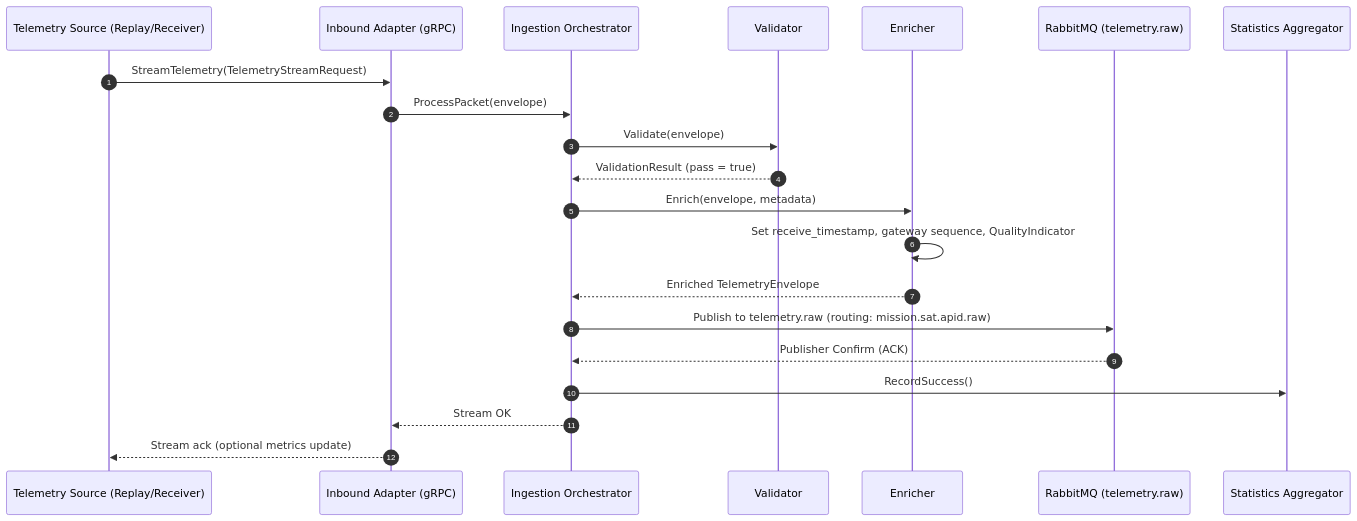
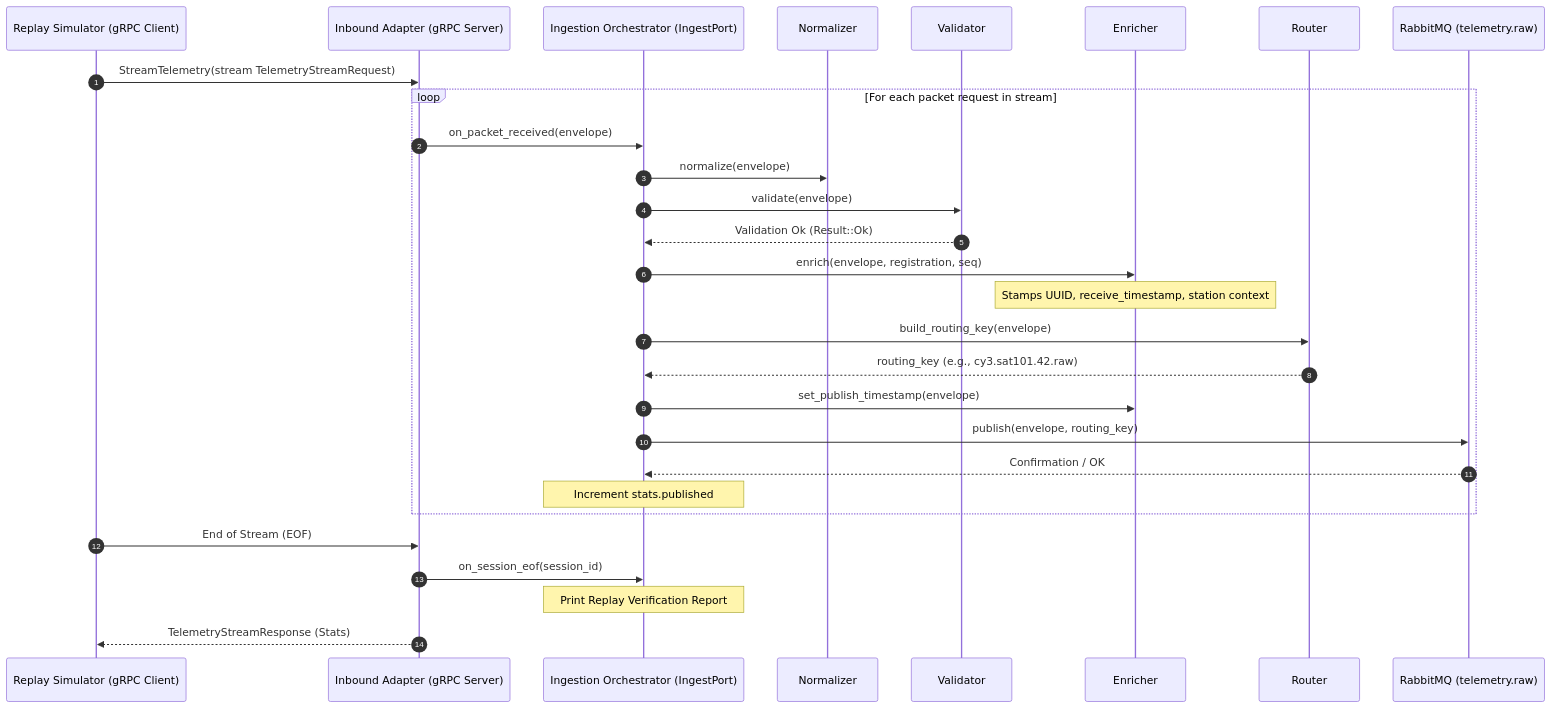
One commit to YashuFX/DATS_Processing changed the second of 5 diagrams in telemetry-gateway/docs/04_Sequence.md. Above: the diagram before and after it, drawn with Mermaid. The commit also changed other lines of this file and 39 other files, not shown here.

Commit message:
feat: implement mission-identification-service to route and enrich telemetry packets via rule-based registry and update related documentation

````diff
--- a/telemetry-gateway/docs/04_Sequence.md
+++ b/telemetry-gateway/docs/04_Sequence.md
@@ -40,24 +26,32 @@
 ```mermaid
 sequenceDiagram
     autonumber
-    participant Source as Telemetry Source (Replay/Receiver)
-    participant Ingress as Inbound Adapter (gRPC)
-    participant Orch as Ingestion Orchestrator
+    participant Source as Replay Simulator (gRPC Client)
+    participant Ingress as Inbound Adapter (gRPC Server)
+    participant Orch as Ingestion Orchestrator (IngestPort)
+    participant Norm as Normalizer
     participant Val as Validator
     participant Enr as Enricher
+    participant Router as Router
     participant RMQ as RabbitMQ (telemetry.raw)
-    participant Stats as Statistics Aggregator
 
-    Source->>Ingress: StreamTelemetry(TelemetryStreamRequest)
-    Ingress->>Orch: ProcessPacket(envelope)
-    Orch->>Val: Validate(envelope)
-    Val-->>Orch: ValidationResult (pass = true)
-    Orch->>Enr: Enrich(envelope, metadata)
-    Enr->>Enr: Set receive_timestamp, gateway sequence, QualityIndicator
-    Enr-->>Orch: Enriched TelemetryEnvelope
-    Orch->>RMQ: Publish to telemetry.raw (routing: mission.sat.apid.raw)
-    RMQ-->>Orch: Publisher Confirm (ACK)
-    Orch->>Stats: RecordSuccess()
-    Orch-->>Ingress: Stream OK
-    Ingress-->>Source: Stream ack (optional metrics update)
+    Source->>Ingress: StreamTelemetry(stream TelemetryStreamRequest)
+    loop For each packet request in stream
+        Ingress->>Orch: on_packet_received(envelope)
+        Orch->>Norm: normalize(envelope)
+        Orch->>Val: validate(envelope)
+        Val-->>Orch: Validation Ok (Result::Ok)
+        Orch->>Enr: enrich(envelope, registration, seq)
+        Note over Enr: Stamps UUID, receive_timestamp, station context
+        Orch->>Router: build_routing_key(envelope)
+        Router-->>Orch: routing_key (e.g., cy3.sat101.42.raw)
+        Orch->>Enr: set_publish_timestamp(envelope)
+        Orch->>RMQ: publish(envelope, routing_key)
+        RMQ-->>Orch: Confirmation / OK
+        Note over Orch: Increment stats.published
+    end
+    Source->>Ingress: End of Stream (EOF)
+    Ingress->>Orch: on_session_eof(session_id)
+    Note over Orch: Print Replay Verification Report
+    Ingress-->>Source: TelemetryStreamResponse (Stats)
 ```
````
